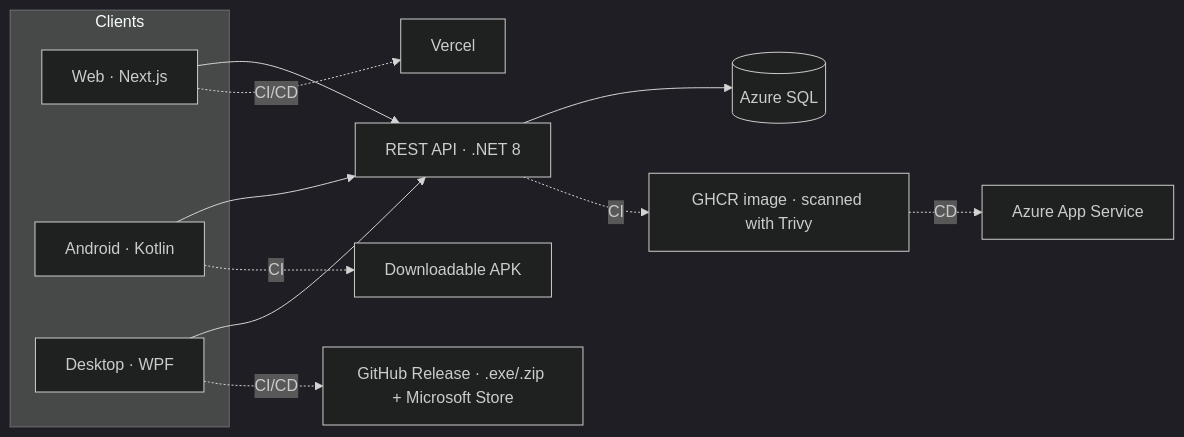
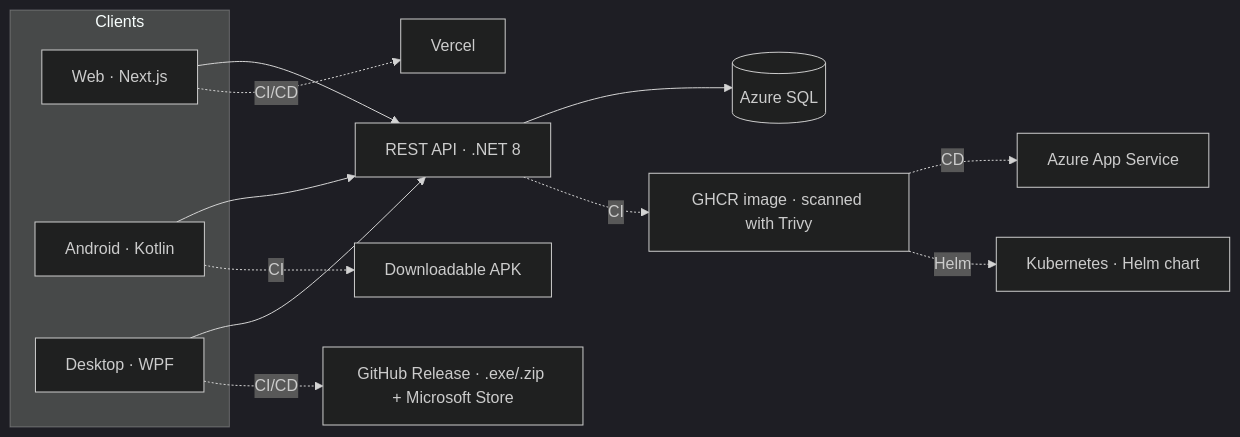
One commit to antonicr1986/antonicr1986 changed the diagram in README.en.md. Above: the diagram before and after it, drawn with Mermaid (dark theme). The commit also changed other lines of this file and 1 other file, not shown here.

Commit message:
Update READMES with Kubernets and Helm new info

````diff
--- a/README.en.md
+++ b/README.en.md
@@ -47,22 +47,23 @@
 ```mermaid
 flowchart LR
     subgraph Clients
         WEB[Web · Next.js]
         AND[Android · Kotlin]
         DESK[Desktop · WPF]
     end
 
     API[REST API · .NET 8]
     DB[(Azure SQL)]
 
     WEB --> API
     AND --> API
     DESK --> API
     API --> DB
 
     API -. CI .-> GHCR[GHCR image · scanned with Trivy]
     GHCR -. CD .-> AZ[Azure App Service]
     WEB -. CI/CD .-> VER[Vercel]
     AND -. CI .-> APK[Downloadable APK]
     DESK -. CI/CD .-> REL[GitHub Release · .exe/.zip + Microsoft Store]
+    GHCR -. Helm .-> K8S[Kubernetes · Helm chart]
 ```
````
